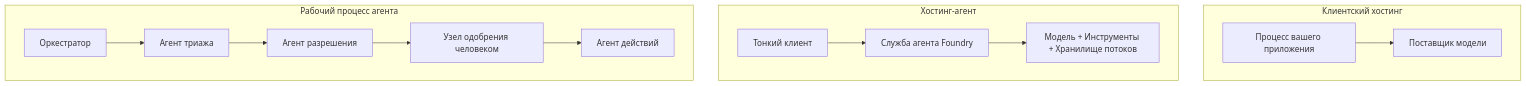
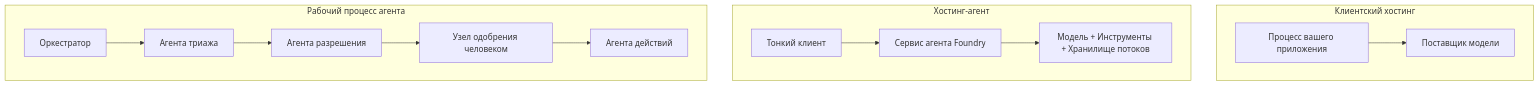
One commit to gabrielmoreira/agent-skills-mirror changed the first of 4 diagrams in mirrors/repos/microsoft@ai-agents-for-beginners/translations/ru/16-deploying-scalable-agents/README.md. Above: the diagram before and after it, drawn with Mermaid. The commit also changed other lines of this file and 3581 other files, not shown here.

````diff
--- a/mirrors/repos/microsoft@ai-agents-for-beginners/translations/ru/16-deploying-scalable-agents/README.md
+++ b/mirrors/repos/microsoft@ai-agents-for-beginners/translations/ru/16-deploying-scalable-agents/README.md
@@ -87,16 +87,16 @@
 ```mermaid
 flowchart TB
     subgraph P1[Клиентский хостинг]
         A1[Процесс вашего приложения] --> M1[Поставщик модели]
     end
     subgraph P2[Хостинг-агент]
-        A2[Тонкий клиент] --> F2[Служба агента Foundry]
+        A2[Тонкий клиент] --> F2[Сервис агента Foundry]
         F2 --> M2[Модель + Инструменты + Хранилище потоков]
     end
     subgraph P3[Рабочий процесс агента]
-        A3[Оркестратор] --> S1[Агент триажа]
-        S1 --> S2[Агент разрешения]
+        A3[Оркестратор] --> S1[Агента триажа]
+        S1 --> S2[Агента разрешения]
         S2 --> H[Узел одобрения человеком]
-        H --> S3[Агент действий]
+        H --> S3[Агента действий]
     end
 ```
````
